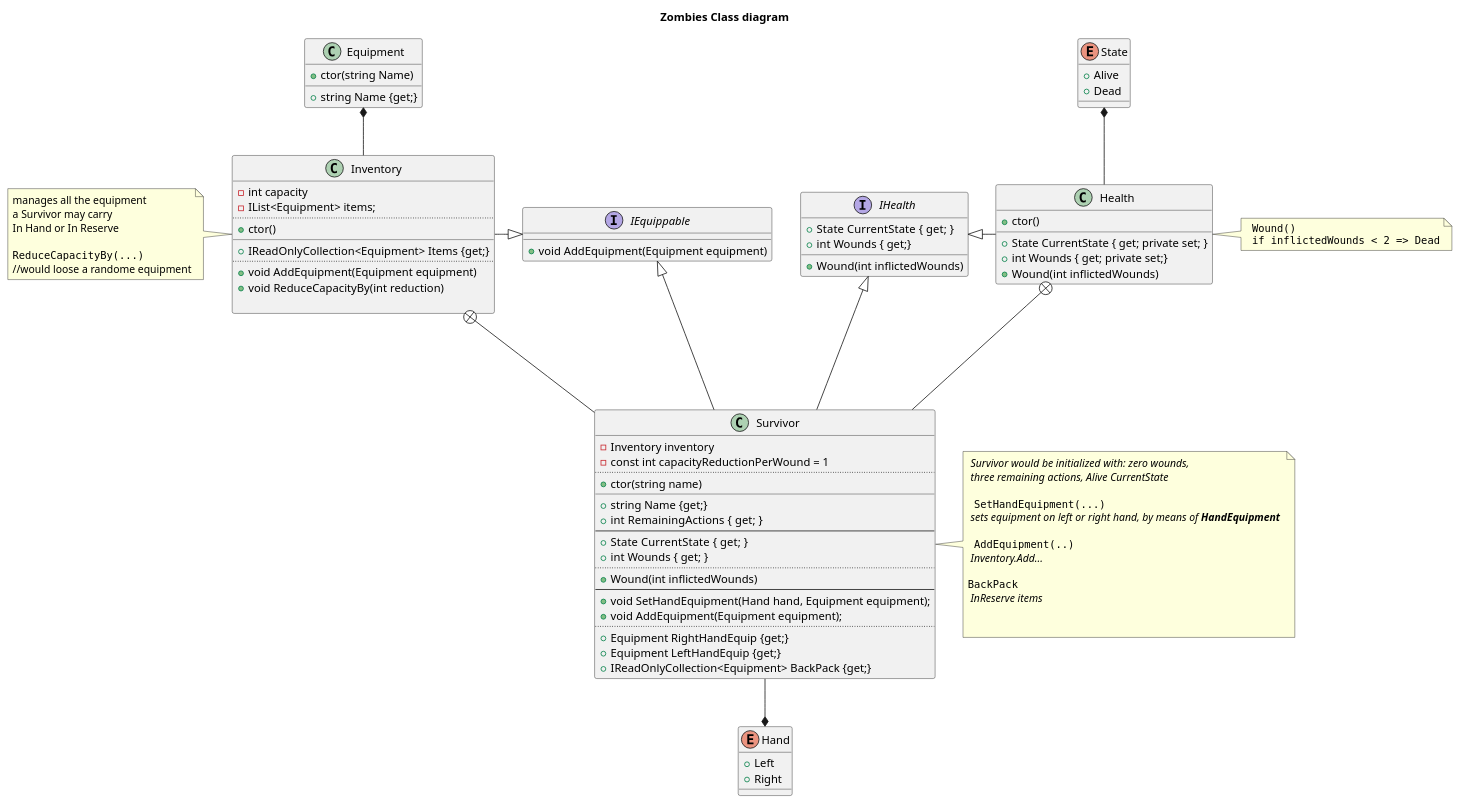
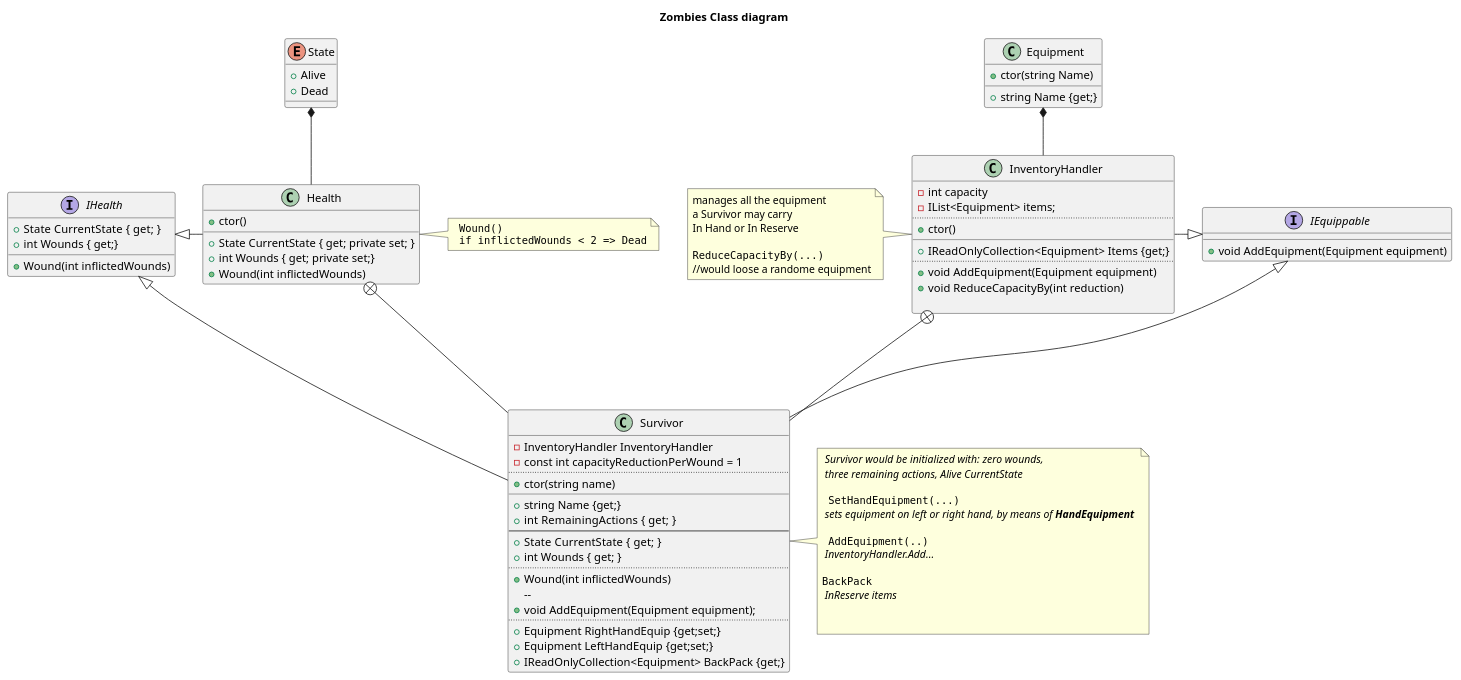
One commit to JPTouron/Zombies-Kata changed the diagram in diagram.wsd. Above: the diagram before and after it, drawn with PlantUML. The commit also changed 5 other files, not shown here.

```diff
--- a/diagram.wsd
+++ b/diagram.wsd
@@ -1,127 +1,121 @@
 @startuml "Zombies Class diagram"
 
 title "Zombies Class diagram"
 
 
 class Equipment
 {
     +ctor(string Name)
     __
     +string Name {get;}
 }
 
 interface IEquippable
 {
     +void AddEquipment(Equipment equipment)
 }
 
-class Inventory
+class InventoryHandler
 {
     -int capacity
     -IList<Equipment> items;
     ..
     +ctor()
     __
     +IReadOnlyCollection<Equipment> Items {get;}
     ..
     +void AddEquipment(Equipment equipment)
     +void ReduceCapacityBy(int reduction)
 
 }
 
 note left
     manages all the equipment
     a Survivor may carry
     In Hand or In Reserve
 
     ""ReduceCapacityBy(...)""
     //would loose a randome equipment
 end note
 
-Equipment *-- Inventory
-IEquippable <|-left-Inventory
+Equipment *-- InventoryHandler
+IEquippable <|-left-InventoryHandler
 
 enum State{
     +Alive
     +Dead
 }
 
 interface IHealth
 {
     +State CurrentState  { get; }
     +int Wounds { get;}
     +Wound(int inflictedWounds)
 }
 
 class Health
 {
     +ctor()
     __
     +State CurrentState { get; private set; }
     +int Wounds { get; private set;}
     +Wound(int inflictedWounds)
 }
 
 note right
     "" Wound() ""
     "" if inflictedWounds < 2 => Dead""
 end note
 
 State *-- Health
 IHealth <|- Health
 
-enum Hand {
-    +Left
-    +Right
-}
 
 class Survivor
 {
-    -Inventory inventory
+    -InventoryHandler InventoryHandler
     -const int capacityReductionPerWound = 1
     ..
     +ctor(string name)
     __
     +string Name {get;}
     +int RemainingActions  { get; }
     --
     +State CurrentState  { get; }
     +int Wounds { get; }
     ..
     +Wound(int inflictedWounds)
-    --
-    +void SetHandEquipment(Hand hand, Equipment equipment);
+    --    
     +void AddEquipment(Equipment equipment);
     ..
-    +Equipment RightHandEquip {get;}
-    +Equipment LeftHandEquip {get;}
+    +Equipment RightHandEquip {get;set;}
+    +Equipment LeftHandEquip {get;set;}
     +IReadOnlyCollection<Equipment> BackPack {get;}
 }
 
 note right
     // Survivor would be initialized with: zero wounds, //
     // three remaining actions, Alive CurrentState //
 
     "" SetHandEquipment(...) ""
     // sets equipment on left or right hand, by means of **HandEquipment** //
 
     "" AddEquipment(..) ""
-    // Inventory.Add...//
+    // InventoryHandler.Add...//
 
     ""BackPack""
     // InReserve items //
 
 
 end note
 
 Health +--- Survivor
-Hand *-up- Survivor
 IHealth <|-Survivor
 IEquippable <|---Survivor
 
 
 
-Inventory +-- Survivor
+InventoryHandler +-- Survivor
 
 
 @enduml
```
